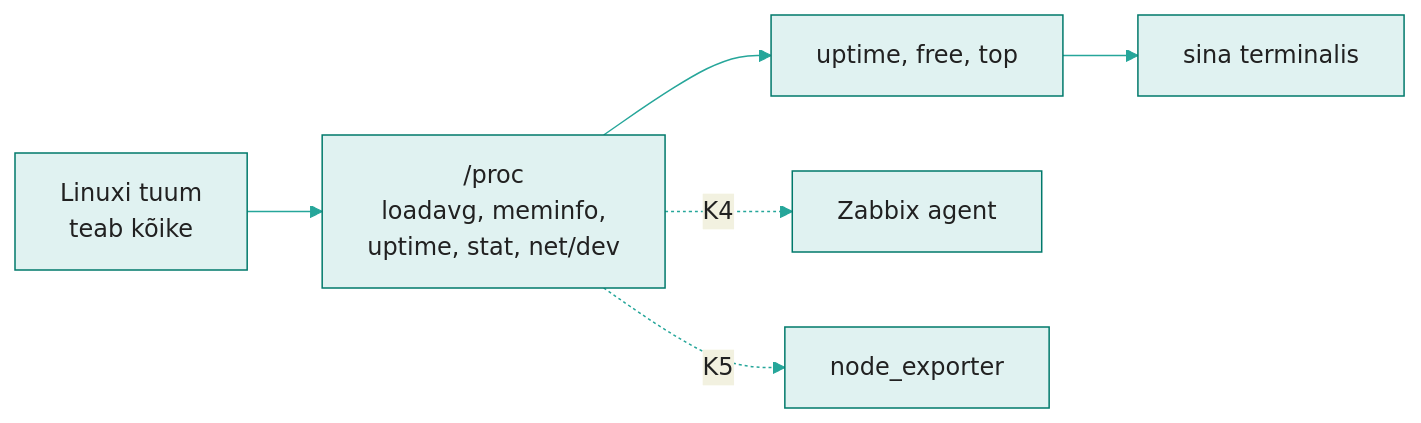
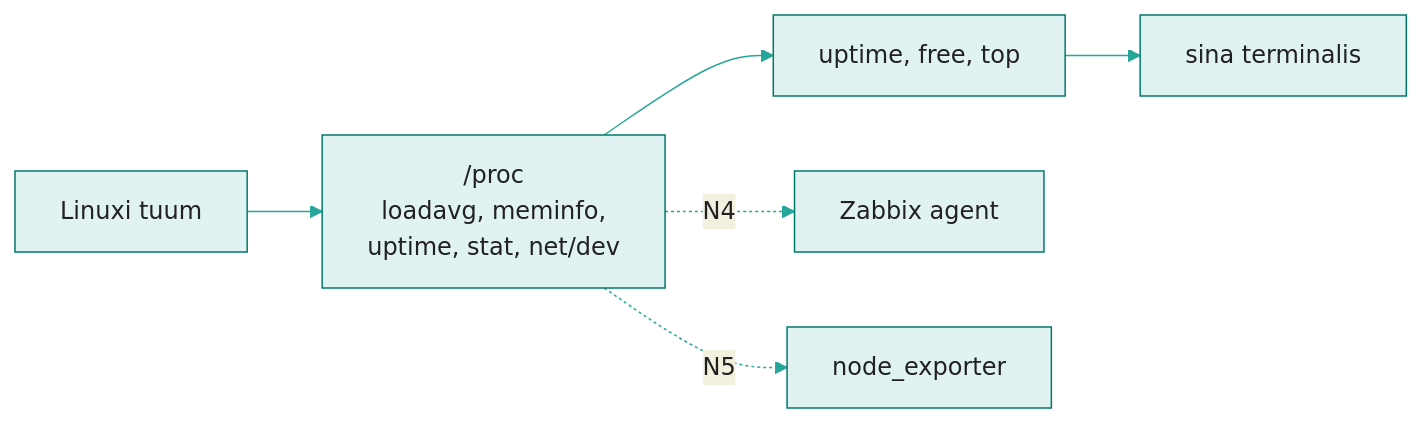
Before and after one commit to hkhk-monitoring/monitoring: the second of 3 diagrams in docs/week03/lecture.md, drawn with Mermaid. The commit also changed other lines of this file and 9 other files, not shown here.

````diff
--- a/docs/week03/lecture.md
+++ b/docs/week03/lecture.md
@@ -201,9 +160,9 @@
 ```mermaid
 %%{init: {'theme':'base','themeVariables':{'primaryColor':'#e0f2f1','primaryBorderColor':'#00796b','primaryTextColor':'#212121','lineColor':'#26a69a'}}}%%
 graph LR
-    K["Linuxi tuum<br/>teab kõike"] --> P["/proc<br/>loadavg, meminfo,<br/>uptime, stat, net/dev"]
+    K["Linuxi tuum"] --> P["/proc<br/>loadavg, meminfo,<br/>uptime, stat, net/dev"]
     P --> U["uptime, free, top"]
     U --> S["sina terminalis"]
-    P -. "K4" .-> A["Zabbix agent"]
-    P -. "K5" .-> N["node_exporter"]
+    P -. "N4" .-> A["Zabbix agent"]
+    P -. "N5" .-> N["node_exporter"]
 ```
````
